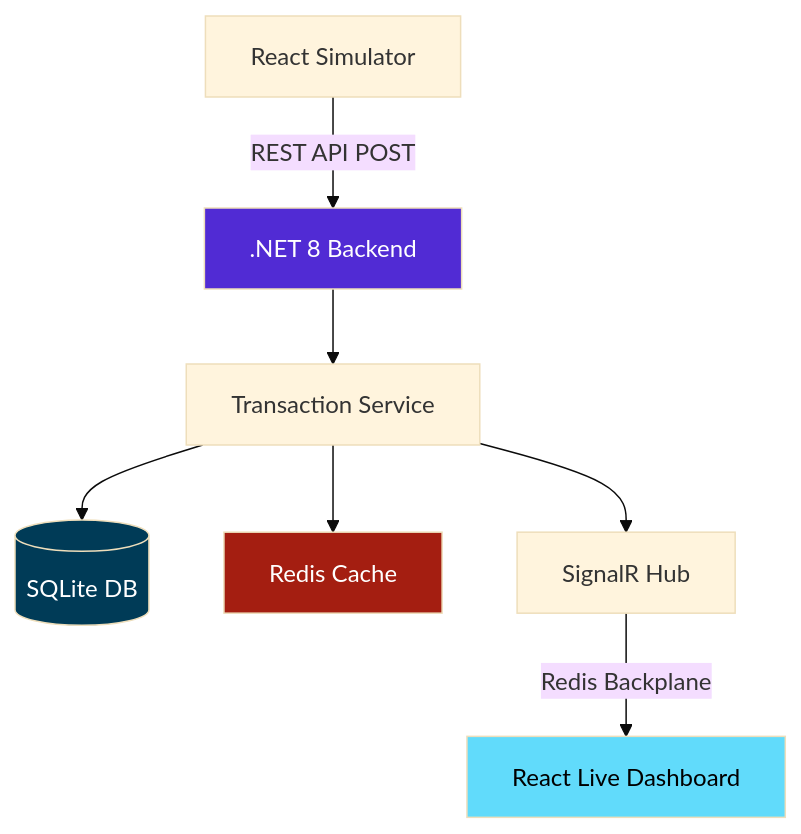
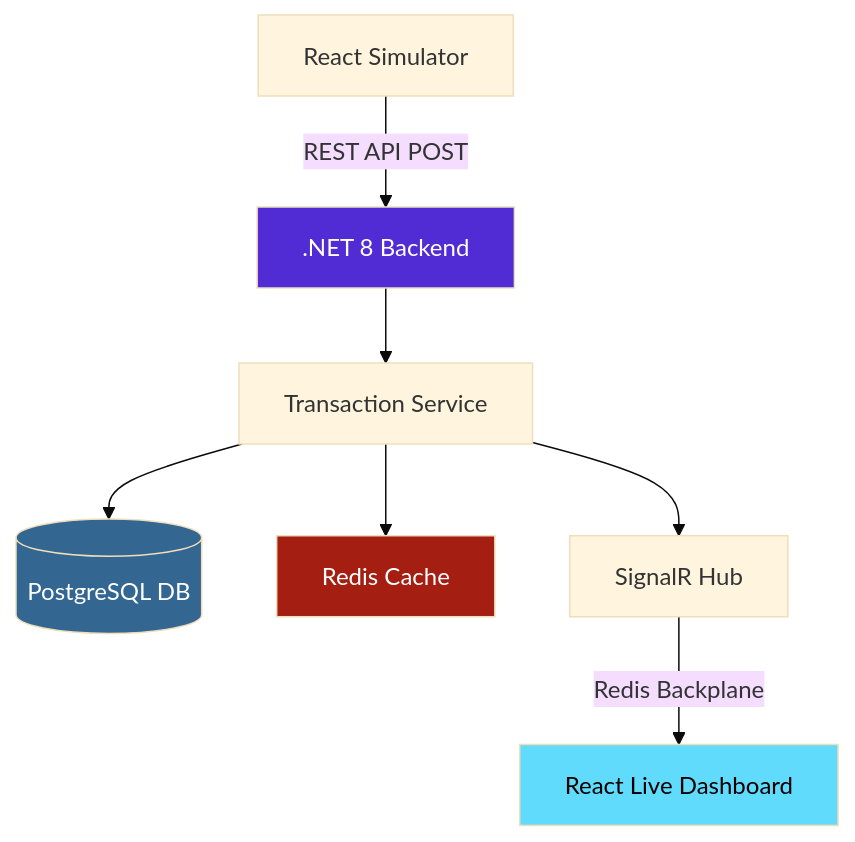
Before and after one commit to shevi-kukis/transaction-monitor: the diagram in README.md, drawn with Mermaid (base theme).

Commit message:
Improve README

````diff
--- a/README.md
+++ b/README.md
@@ -11,14 +11,14 @@
 ```mermaid
 graph TD
     A[React Simulator] -->|REST API POST| B[.NET 8 Backend]
     B --> C[Transaction Service]
-    C --> D[(SQLite DB)]
+    C --> D[(PostgreSQL DB)]
     C --> E[Redis Cache]
     C --> F[SignalR Hub]
     F -->|Redis Backplane| G[React Live Dashboard]
-
+    
     style B fill:#512bd4,color:#fff
-    style D fill:#003b57,color:#fff
+    style D fill:#336791,color:#fff
     style E fill:#a41e11,color:#fff
     style G fill:#61dbfb,color:#000
 ```
````
